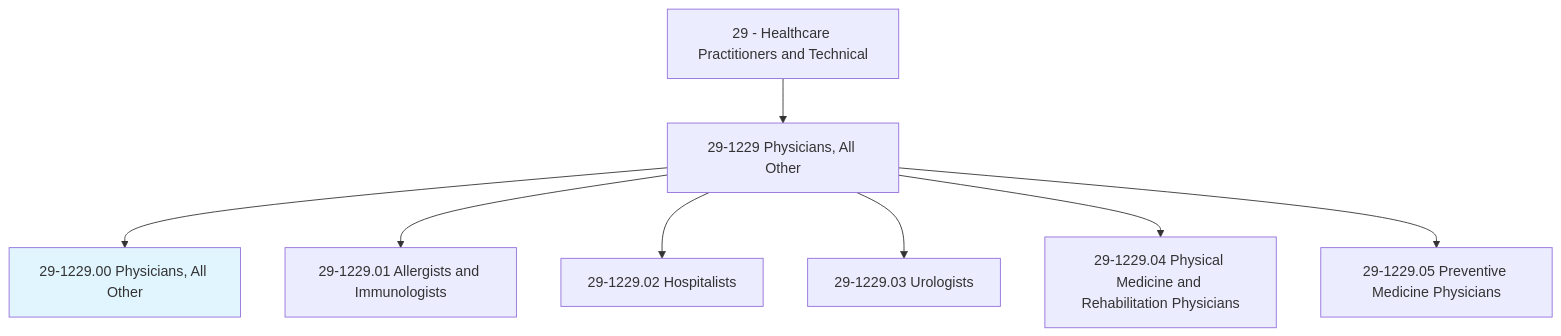
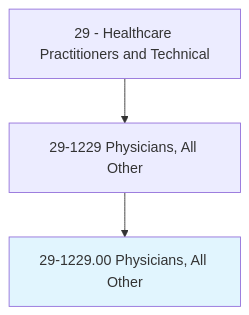
One commit to kziemski/business.org.ai changed the first of 4 diagrams in occupations/HealthcarePractitioners/Physicians.mdx. Above: the diagram before and after it, drawn with Mermaid. The commit also changed other lines of this file and 938 other files, not shown here.

````diff
--- a/occupations/HealthcarePractitioners/Physicians.mdx
+++ b/occupations/HealthcarePractitioners/Physicians.mdx
@@ -19,11 +23,6 @@
 ```mermaid
 graph TD
     Cat29["29 - Healthcare Practitioners and Technical"] --> Group291229["29-1229 Physicians, All Other"]
     Group291229 --> Current["29-1229.00 Physicians, All Other"]
     style Current fill:#e1f5fe
-    Group291229 --> V29122901["29-1229.01 Allergists and Immunologists"]
-    Group291229 --> V29122902["29-1229.02 Hospitalists"]
-    Group291229 --> V29122903["29-1229.03 Urologists"]
-    Group291229 --> V29122904["29-1229.04 Physical Medicine and Rehabilitation Physicians"]
-    Group291229 --> V29122905["29-1229.05 Preventive Medicine Physicians"]
 ```
````
